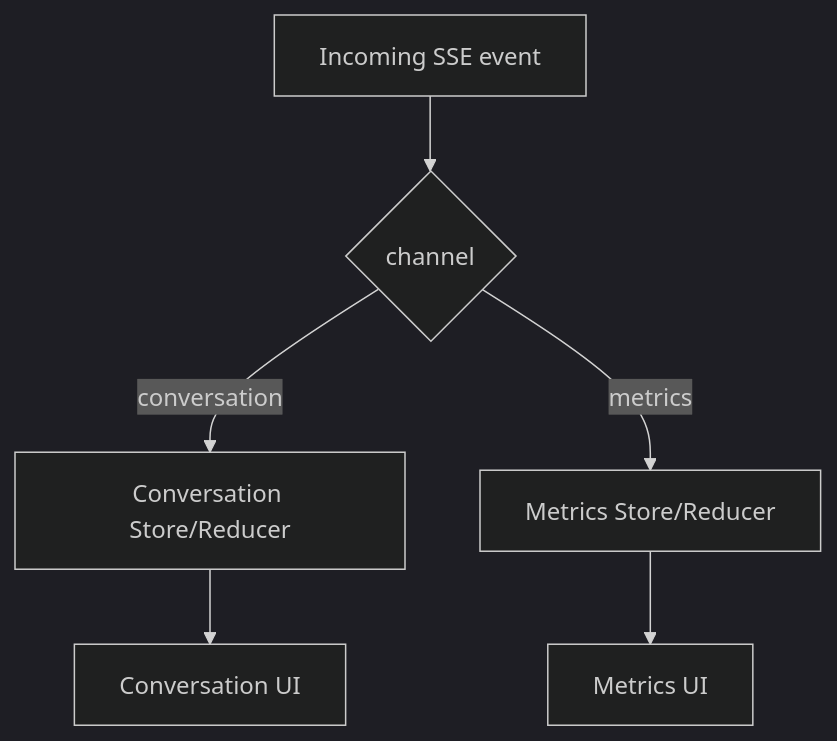
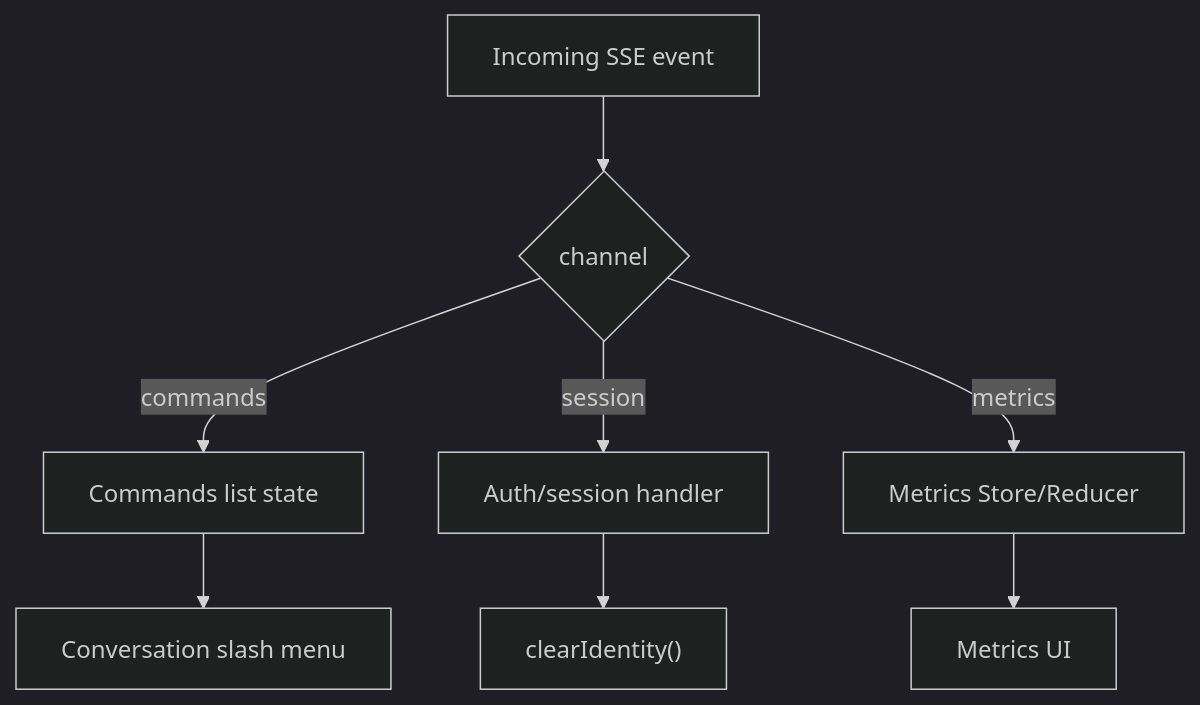
Before and after one commit to trq/flowly: the fourth of 4 diagrams in docs/chat-driven-ui-architecture.md, drawn with Mermaid (dark theme). The commit also changed other lines of this file and 4 other files, not shown here.

````diff
--- a/docs/chat-driven-ui-architecture.md
+++ b/docs/chat-driven-ui-architecture.md
@@ -151,8 +150,10 @@
 ```mermaid
 flowchart TB
   Ev["Incoming SSE event"] --> Ch{"channel"}
-  Ch -->|conversation| ConvStore["Conversation Store/Reducer"]
+  Ch -->|commands| CmdStore["Commands list state"]
+  Ch -->|session| SessionHandler["Auth/session handler"]
   Ch -->|metrics| MetStore["Metrics Store/Reducer"]
-  ConvStore --> ConvUI["Conversation UI"]
+  CmdStore --> ConvUI["Conversation slash menu"]
+  SessionHandler --> AppAuth["clearIdentity()"]
   MetStore --> MetUI["Metrics UI"]
 ```
````
